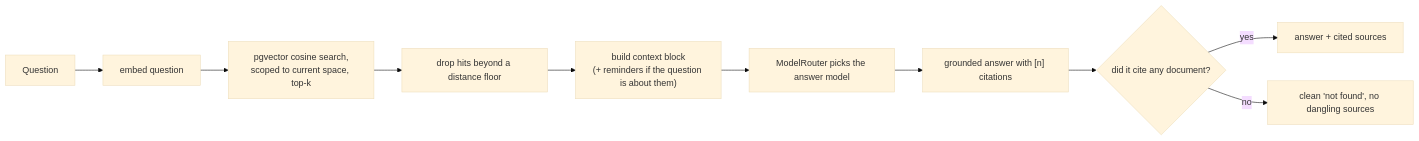
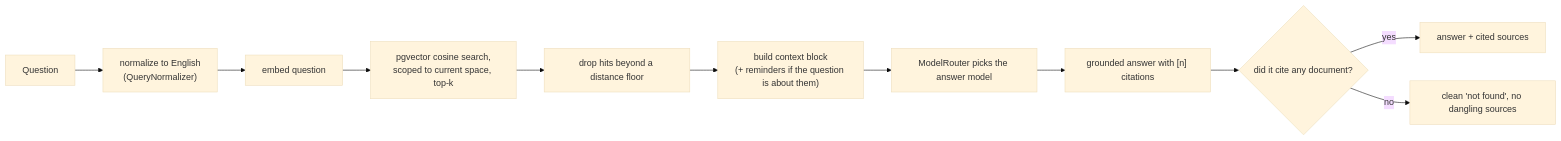
One commit to Aditya0257/trove changed the second of 3 diagrams in docs/architecture/05-ai-and-extraction.md. Above: the diagram before and after it, drawn with Mermaid (base theme). The commit also changed other lines of this file and 16 other files, not shown here.

````diff
--- a/docs/architecture/05-ai-and-extraction.md
+++ b/docs/architecture/05-ai-and-extraction.md
@@ -82,12 +82,13 @@
 ```mermaid
 flowchart LR
-    Q["Question"] --> E["embed question"]
+    Q["Question"] --> N["normalize to English<br/>(QueryNormalizer)"]
+    N --> E["embed question"]
     E --> R["pgvector cosine search,<br/>scoped to current space, top-k"]
     R --> Floor["drop hits beyond a distance floor"]
     Floor --> Ctx["build context block<br/>(+ reminders if the question is about them)"]
     Ctx --> Route["ModelRouter picks the answer model"]
     Route --> LLM["grounded answer with [n] citations"]
     LLM --> Cite{"did it cite any document?"}
     Cite -->|yes| Ans["answer + cited sources"]
     Cite -->|no| Refuse["clean 'not found', no dangling sources"]
 ```
````
